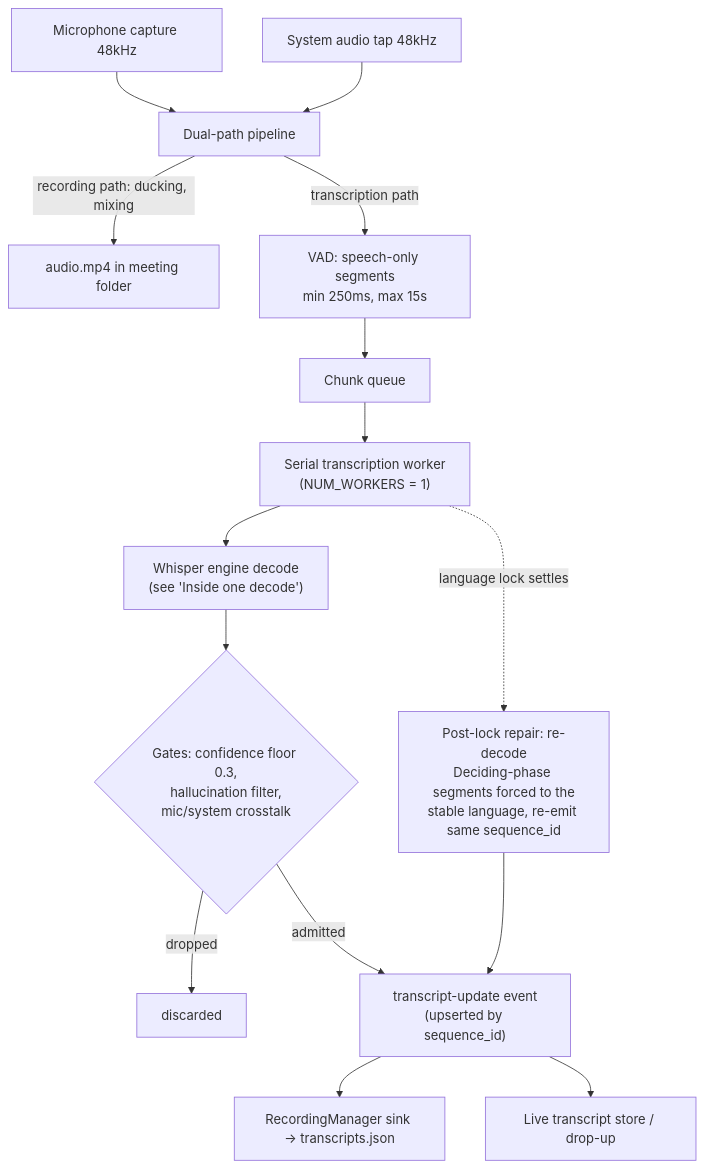
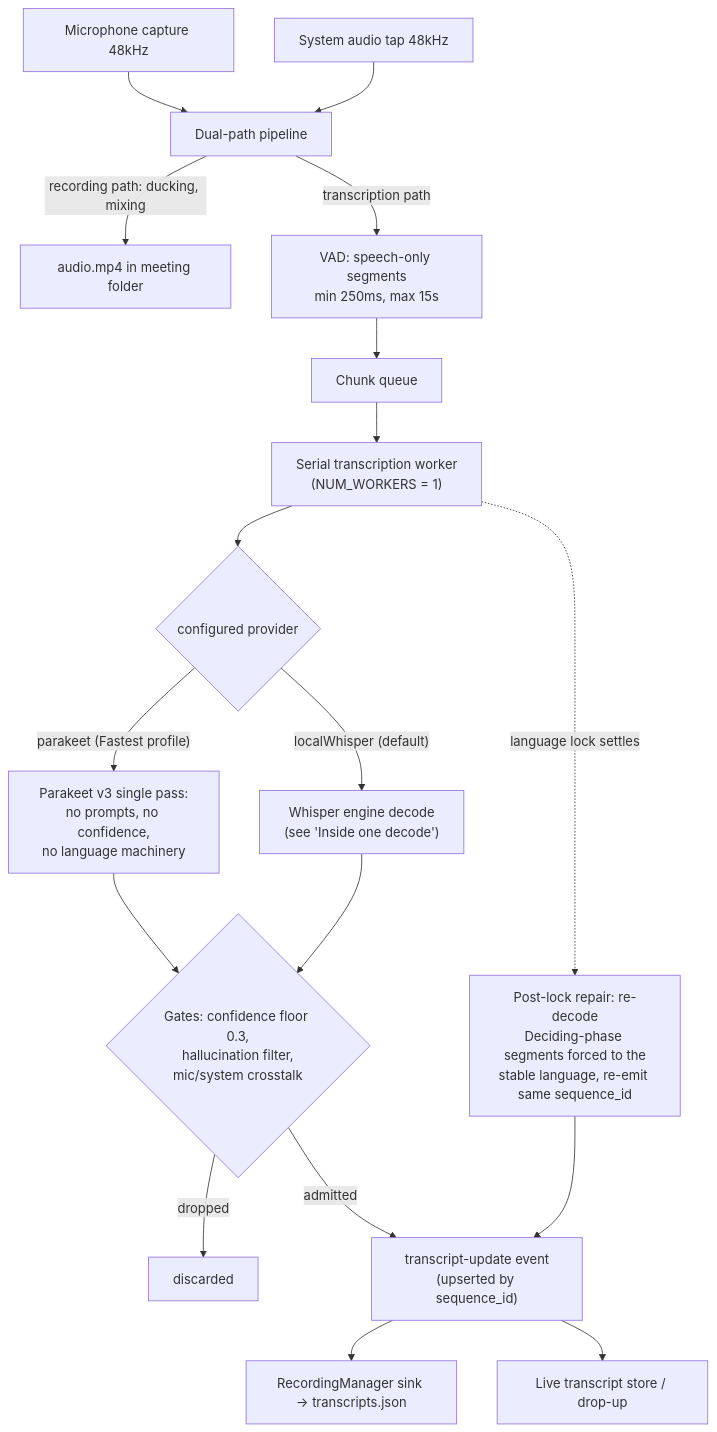
The first of 5 diagrams in docs/transcription-flows.md (afonsojramos/muesly), drawn with Mermaid before and after one commit. The commit also changed other lines of this file, not shown here.

Commit message:
docs(flows): cover the Parakeet fast path and whisper quality pass

````diff
--- a/docs/transcription-flows.md
+++ b/docs/transcription-flows.md
@@ -18,16 +18,19 @@
 ```mermaid
 flowchart TD
     MIC["Microphone capture 48kHz"] --> SPLIT["Dual-path pipeline"]
     SYS["System audio tap 48kHz"] --> SPLIT
     SPLIT -->|"recording path: ducking, mixing"| FILE["audio.mp4 in meeting folder"]
     SPLIT -->|"transcription path"| VAD["VAD: speech-only segments<br/>min 250ms, max 15s"]
     VAD --> QUEUE["Chunk queue"] --> WORKER["Serial transcription worker<br/>(NUM_WORKERS = 1)"]
-    WORKER --> ENGINE["Whisper engine decode<br/>(see 'Inside one decode')"]
+    WORKER --> PICK{"configured provider"}
+    PICK -->|"localWhisper (default)"| ENGINE["Whisper engine decode<br/>(see 'Inside one decode')"]
+    PICK -->|"parakeet (Fastest profile)"| PARA["Parakeet v3 single pass:<br/>no prompts, no confidence,<br/>no language machinery"]
+    PARA --> GATES
     ENGINE --> GATES{"Gates: confidence floor 0.3,<br/>hallucination filter,<br/>mic/system crosstalk"}
     GATES -->|"dropped"| X1["discarded"]
     GATES -->|"admitted"| EMIT["transcript-update event<br/>(upserted by sequence_id)"]
     EMIT --> SINK["RecordingManager sink → transcripts.json"]
     EMIT --> UI["Live transcript store / drop-up"]
     WORKER -.->|"language lock settles"| REPAIR["Post-lock repair: re-decode<br/>Deciding-phase segments forced to the<br/>stable language, re-emit same sequence_id"]
     REPAIR --> EMIT
 ```
````
